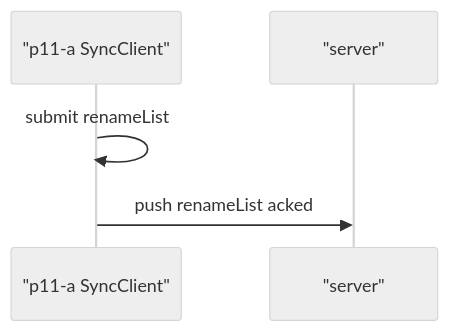
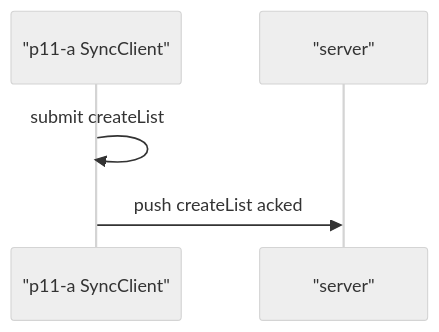
One commit to pietgk/viviefs changed the eighth of 13 diagrams in docs/evidence/2026-09-28-p11.md. Above: the diagram before and after it, drawn with Mermaid (neutral theme). The commit also changed other lines of this file and 131 other files, not shown here.

````diff
--- a/docs/evidence/2026-09-28-p11.md
+++ b/docs/evidence/2026-09-28-p11.md
@@ -205,7 +205,7 @@
 ```mermaid
 sequenceDiagram
   participant p11_a_SyncClient as "p11-a SyncClient"
   participant server as "server"
-  p11_a_SyncClient->>p11_a_SyncClient: submit renameList
-  p11_a_SyncClient->>server: push renameList acked
+  p11_a_SyncClient->>p11_a_SyncClient: submit createList
+  p11_a_SyncClient->>server: push createList acked
 ```
````
